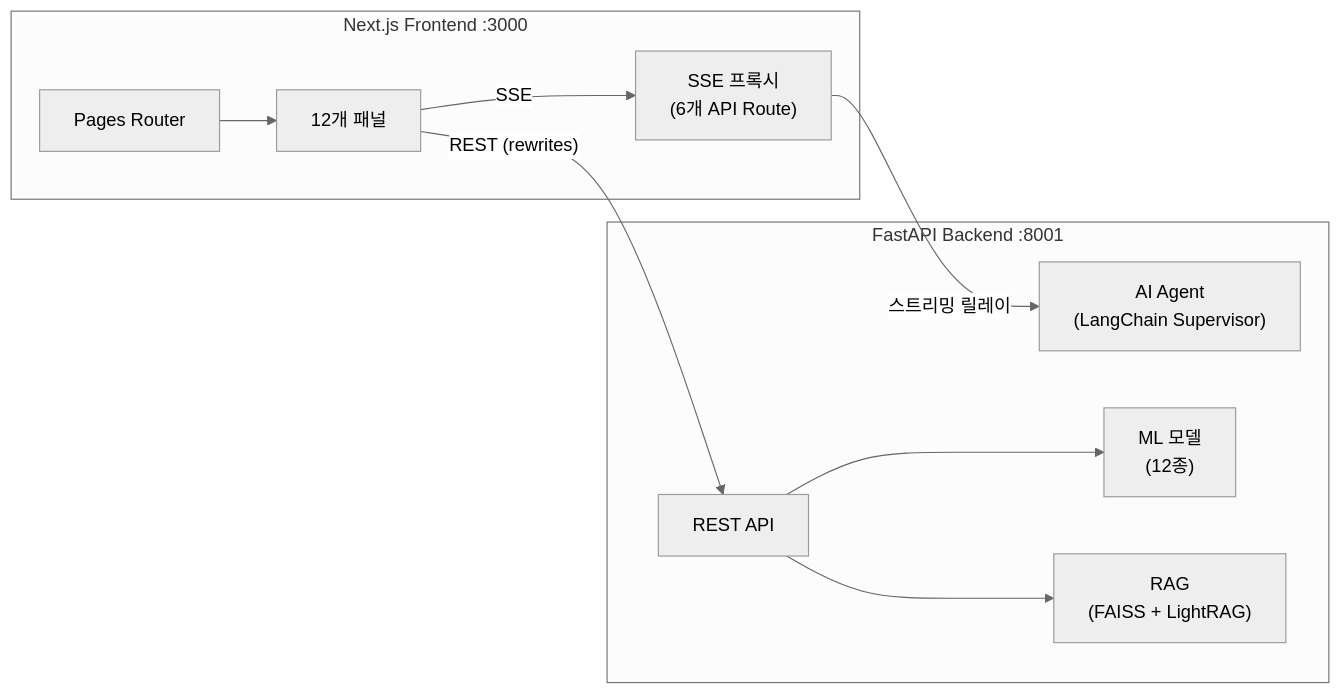
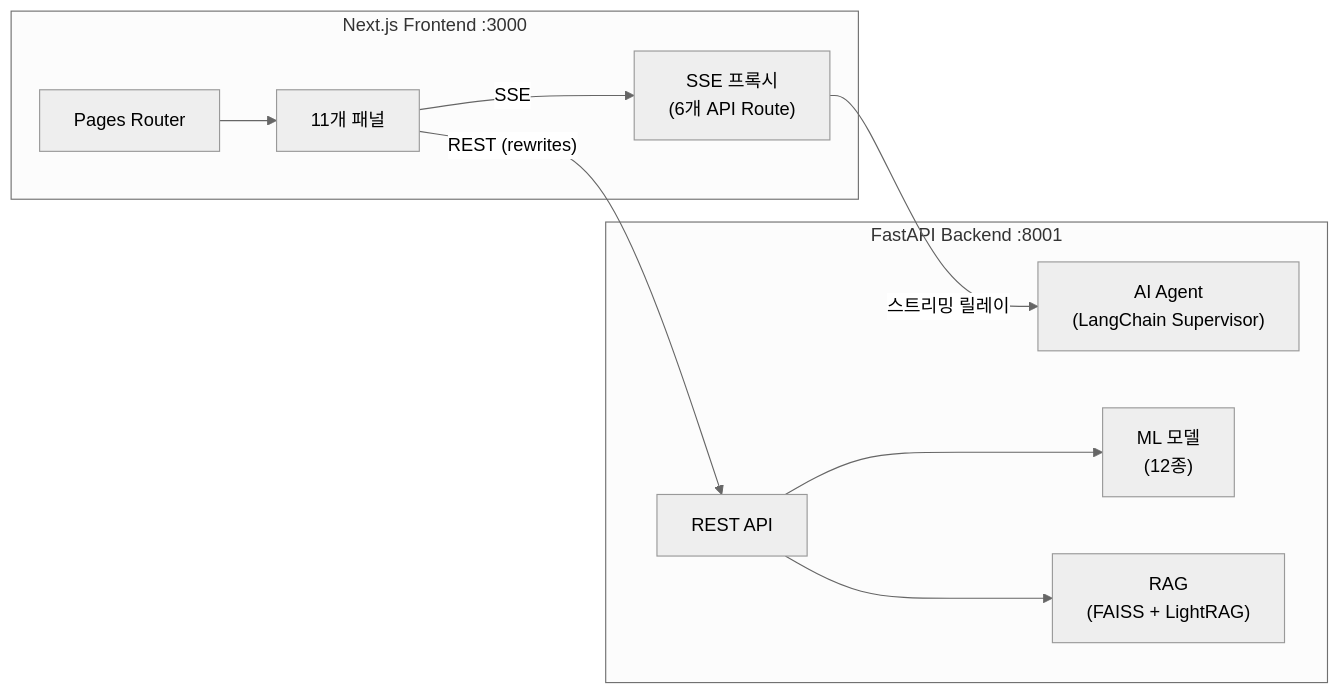
Before and after one commit to ASNGG/cafe24-demo: the first of 15 diagrams in nextjs/README.md, drawn with Mermaid (neutral theme). The commit also changed other lines of this file and 14 other files, not shown here.

````diff
--- a/nextjs/README.md
+++ b/nextjs/README.md
@@ -60,22 +60,22 @@
 ```mermaid
 graph LR
     subgraph Frontend["Next.js Frontend :3000"]
         Pages["Pages Router"]
-        Panels["12개 패널"]
+        Panels["11개 패널"]
         SSEProxy["SSE 프록시<br/>(6개 API Route)"]
     end
 
     subgraph Backend["FastAPI Backend :8001"]
         API["REST API"]
         Agent["AI Agent<br/>(LangChain Supervisor)"]
         ML["ML 모델<br/>(12종)"]
         RAG["RAG<br/>(FAISS + LightRAG)"]
     end
 
     Pages --> Panels
     Panels -->|"REST (rewrites)"| API
     Panels -->|"SSE"| SSEProxy
     SSEProxy -->|"스트리밍 릴레이"| Agent
     API --> ML
     API --> RAG
 ```
````
